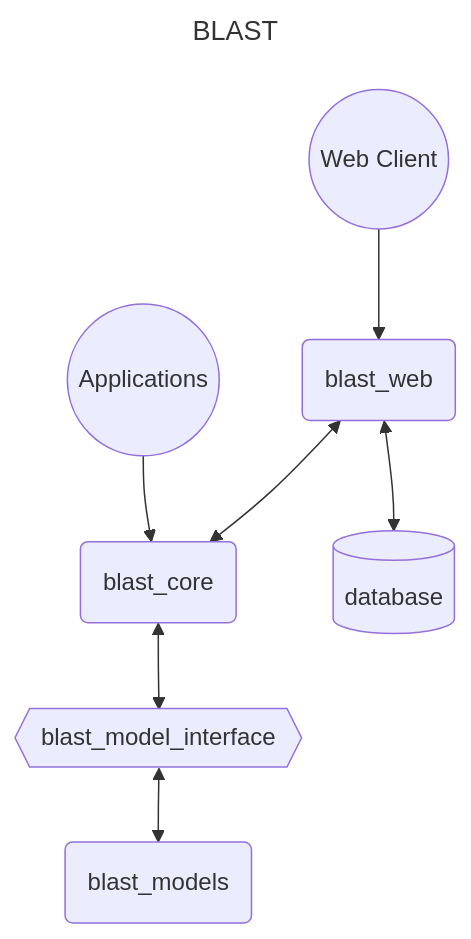
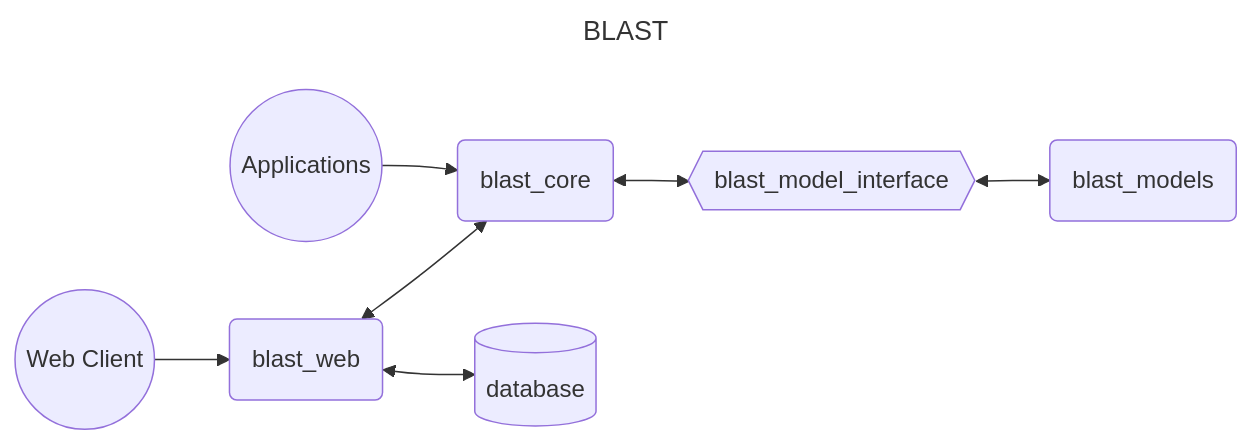
The first of 2 diagrams in design/blast_design.md (bjohnson5/blast), drawn with Mermaid before and after one commit. The commit also changed 1 other file, not shown here.

Commit message:
Updating some design docs

````diff
--- a/design/blast_design.md
+++ b/design/blast_design.md
@@ -2,18 +2,18 @@
 ```mermaid
 ---
 title: BLAST
 ---
-flowchart TD
+flowchart LR
     core(blast_core)
     web(blast_web)
     model(blast_models)
     interface{{blast_model_interface}}
     database[(database)]
     client((Web Client))
     application((Applications))
 
     client-->web<-->core
     web<-->database
     application-->core
     core<-->interface<-->model
 ```
````
